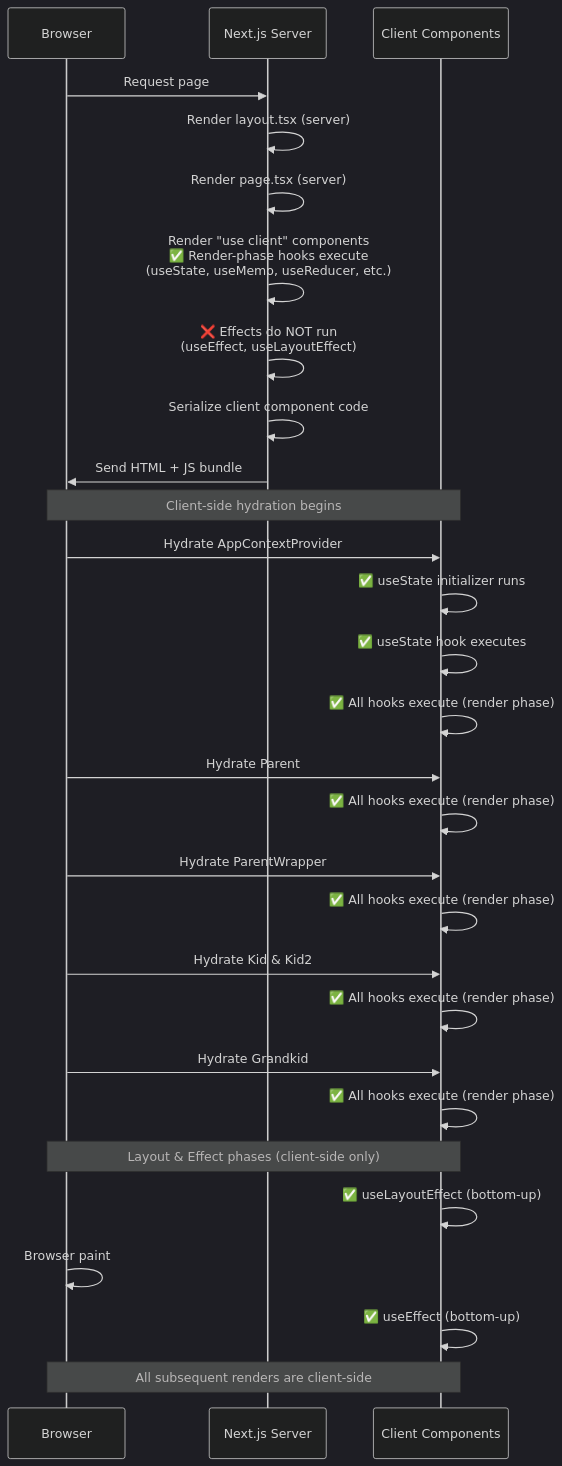
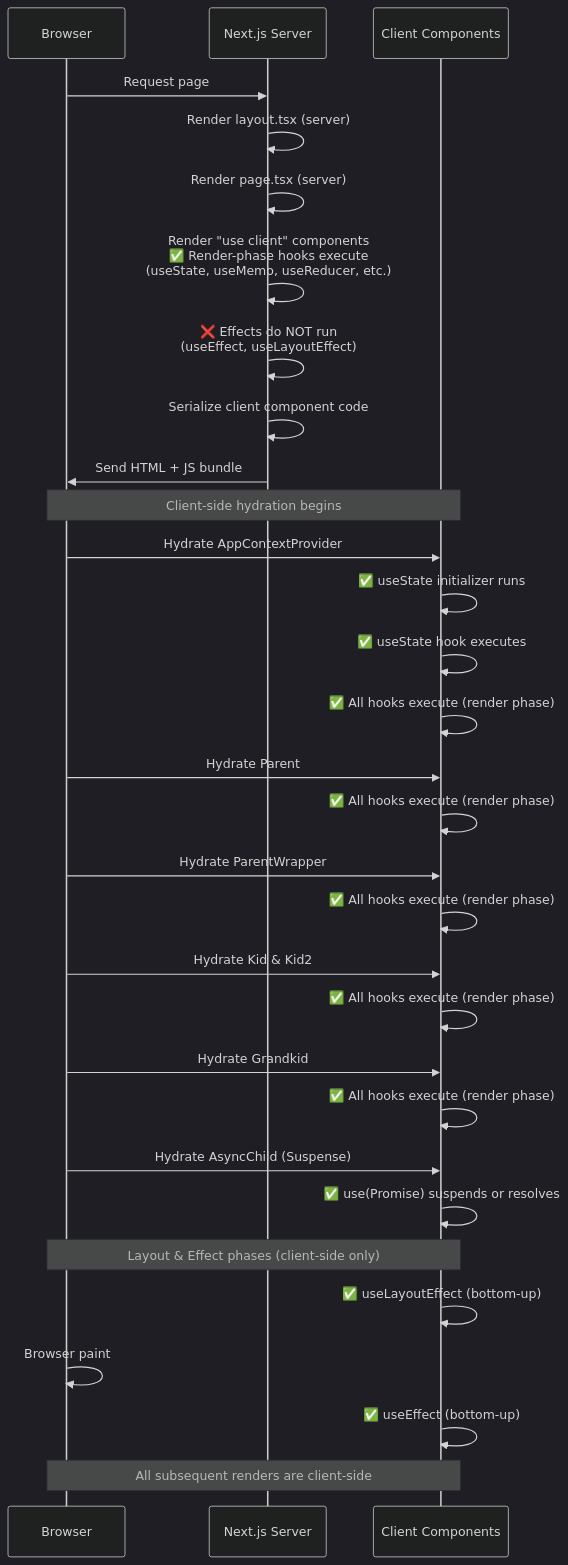
Before and after one commit to MaxwellCohen/react-hooks-order: the first of 6 diagrams in README.md, drawn with Mermaid (dark theme). The commit also changed other lines of this file, not shown here.

First line of the commit message:
docs: update readme with suspense phase and async components

````diff
--- a/README.md
+++ b/README.md
@@ -105,41 +111,44 @@
 ```mermaid
 sequenceDiagram
     participant Browser
     participant NextServer as Next.js Server
     participant Client as Client Components
     
     Browser->>NextServer: Request page
     NextServer->>NextServer: Render layout.tsx (server)
     NextServer->>NextServer: Render page.tsx (server)
     NextServer->>NextServer: Render "use client" components<br/>✅ Render-phase hooks execute<br/>(useState, useMemo, useReducer, etc.)
     NextServer->>NextServer: ❌ Effects do NOT run<br/>(useEffect, useLayoutEffect)
     NextServer->>NextServer: Serialize client component code
     NextServer->>Browser: Send HTML + JS bundle
     
     Note over Browser,Client: Client-side hydration begins
     
     Browser->>Client: Hydrate AppContextProvider
     Client->>Client: ✅ useState initializer runs
     Client->>Client: ✅ useState hook executes
     Client->>Client: ✅ All hooks execute (render phase)
     
     Browser->>Client: Hydrate Parent
     Client->>Client: ✅ All hooks execute (render phase)
     
     Browser->>Client: Hydrate ParentWrapper
     Client->>Client: ✅ All hooks execute (render phase)
     
     Browser->>Client: Hydrate Kid & Kid2
     Client->>Client: ✅ All hooks execute (render phase)
     
     Browser->>Client: Hydrate Grandkid
     Client->>Client: ✅ All hooks execute (render phase)
+
+    Browser->>Client: Hydrate AsyncChild (Suspense)
+    Client->>Client: ✅ use(Promise) suspends or resolves
     
     Note over Browser,Client: Layout & Effect phases (client-side only)
     
     Client->>Client: ✅ useLayoutEffect (bottom-up)
     Browser->>Browser: Browser paint
     Client->>Client: ✅ useEffect (bottom-up)
     
     Note over Browser,Client: All subsequent renders are client-side
 ```
````
